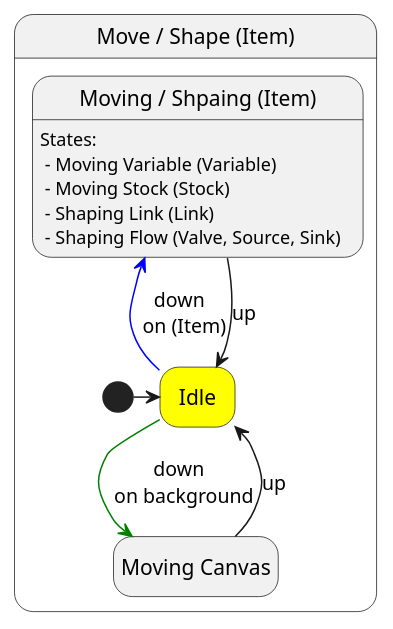
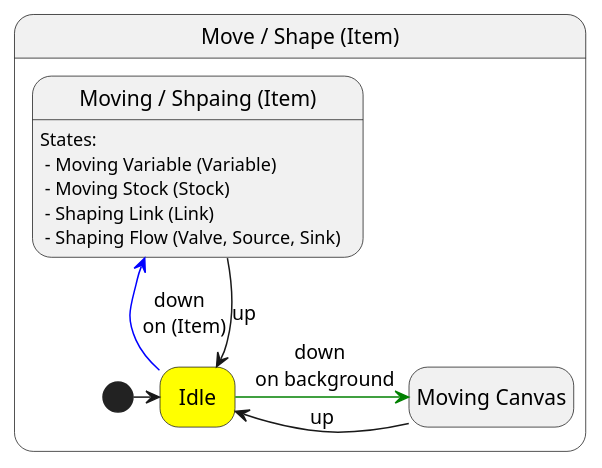
The third of 6 diagrams in docusaurus/docs/interaction.md (cidhuang/system-dynamics-tool), drawn with PlantUML before and after one commit. The commit also changed other lines of this file, not shown here.

Commit message:
docs: interation page combine Mode Add Link and Add Flow

````diff
--- a/docusaurus/docs/interaction.md
+++ b/docusaurus/docs/interaction.md
@@ -118,20 +114,19 @@
 ```plantuml
-@startuml SystemMap
+@startuml Move / Shape (Item)
 hide empty description
 
 state "Move / Shape (Item)" as modeMoveItem {
   state "Idle" as idle #yellow
   state "Moving Canvas" as moveCanvas
   state "Moving / Shpaing (Item)" as moveItem : States: \n - Moving Variable (Variable) \n - Moving Stock (Stock) \n - Shaping Link (Link) \n - Shaping Flow (Valve, Source, Sink)
 
   [*] -> idle
-  idle -[#green]-> moveCanvas : down \n on background
-  moveCanvas -up-> idle : up
+  idle -[#green]> moveCanvas : down \n on background
+  moveCanvas -> idle : up
 
   idle -up[#blue]-> moveItem : down \n on (Item)
   moveItem --> idle : up
-
 }
 
 @enduml
 ```
````
